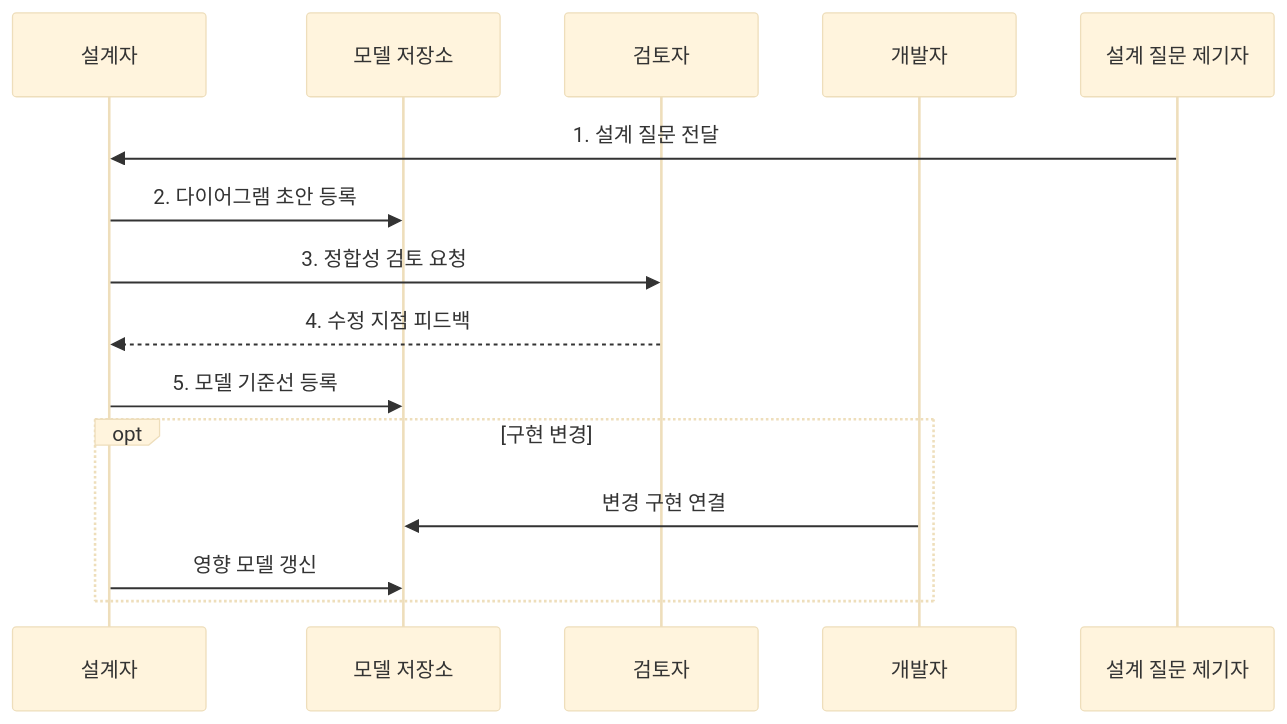
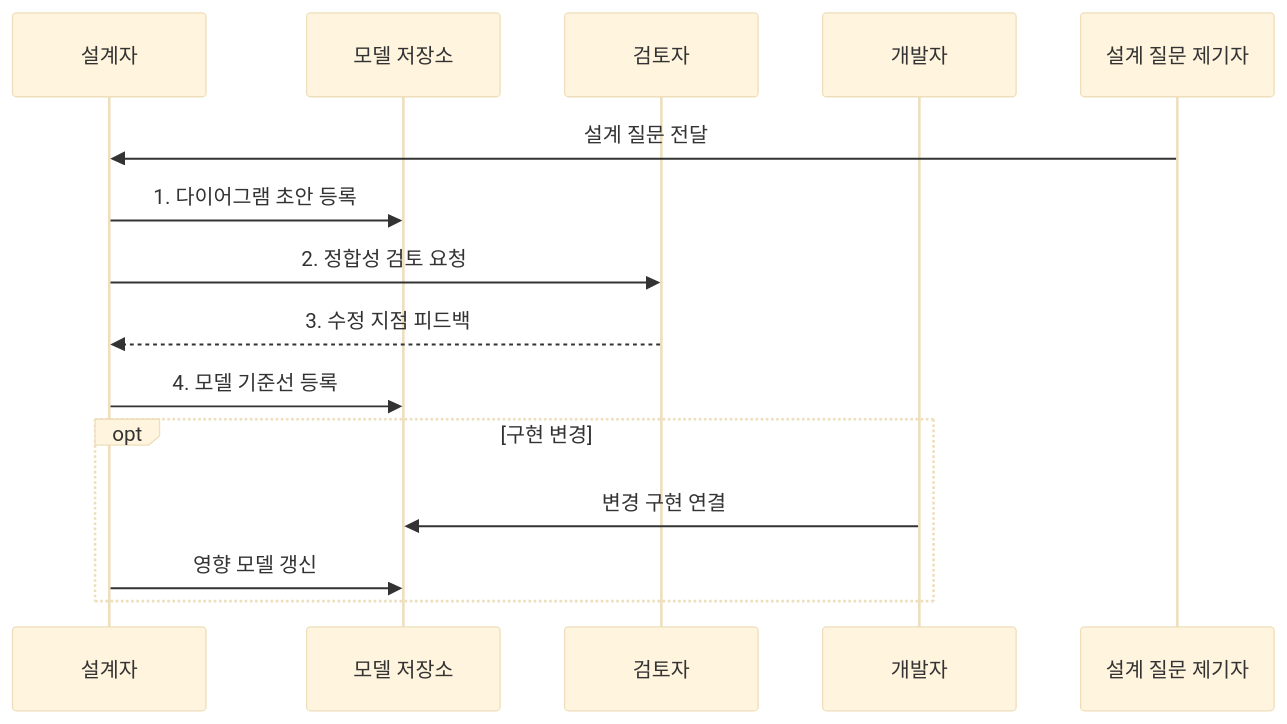
The second of 2 diagrams in src/content/docs/notes/03-software/037_uml_diagrams.md (agnusdei1207/knowledge-base), drawn with Mermaid (base theme) before and after one commit. The commit also changed other lines of this file and 20 other files, not shown here.

````diff
--- a/src/content/docs/notes/03-software/037_uml_diagrams.md
+++ b/src/content/docs/notes/03-software/037_uml_diagrams.md
@@ -80,17 +80,17 @@
 ```mermaid
 sequenceDiagram
     participant D as 설계자
     participant R as 모델 저장소
     participant V as 검토자
     participant P as 개발자
     participant Q as 설계 질문 제기자
-    Q->>D: 1. 설계 질문 전달
-    D->>R: 2. 다이어그램 초안 등록
-    D->>V: 3. 정합성 검토 요청
-    V-->>D: 4. 수정 지점 피드백
-    D->>R: 5. 모델 기준선 등록
+    Q->>D: 설계 질문 전달
+    D->>R: 1. 다이어그램 초안 등록
+    D->>V: 2. 정합성 검토 요청
+    V-->>D: 3. 수정 지점 피드백
+    D->>R: 4. 모델 기준선 등록
     opt 구현 변경
         P->>R: 변경 구현 연결
         D->>R: 영향 모델 갱신
     end
 ```
````
